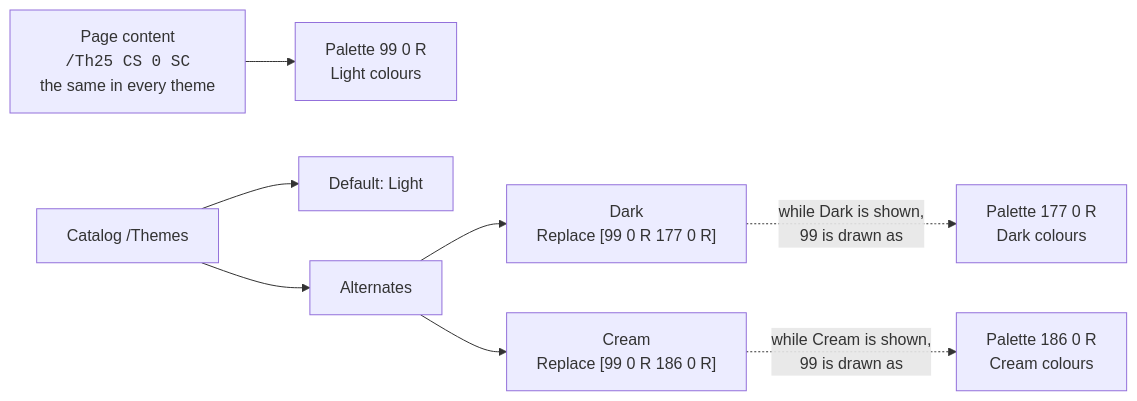
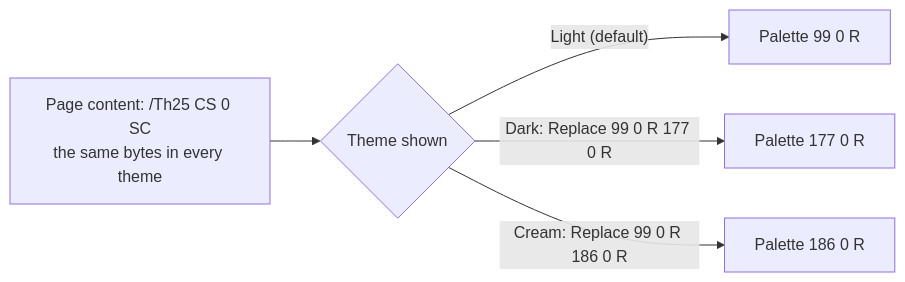
One commit to Thenewmanator15/pdf-themes changed the diagram in SPEC.md. Above: the diagram before and after it, drawn with Mermaid.

Commit message:
Make the spec's diagram fit GitHub's frame

````diff
--- a/SPEC.md
+++ b/SPEC.md
@@ -54,10 +54,7 @@
 ```mermaid
 flowchart LR
-    page["Page content<br/><code>/Th25 CS 0 SC</code><br/>the same in every theme"] --> pal["Palette 99 0 R<br/>Light colours"]
-    cat["Catalog /Themes"] --> def["Default: Light"]
-    cat --> alt["Alternates"]
-    alt --> dark["Dark<br/>Replace [99 0 R 177 0 R]"]
-    alt --> cream["Cream<br/>Replace [99 0 R 186 0 R]"]
-    dark -. "while Dark is shown,<br/>99 is drawn as" .-> p177["Palette 177 0 R<br/>Dark colours"]
-    cream -. "while Cream is shown,<br/>99 is drawn as" .-> p186["Palette 186 0 R<br/>Cream colours"]
+    page["Page content: /Th25 CS 0 SC<br/>the same bytes in every theme"] --> shown{"Theme shown"}
+    shown -->|"Light (default)"| p99["Palette 99 0 R"]
+    shown -->|"Dark: Replace 99 0 R 177 0 R"| p177["Palette 177 0 R"]
+    shown -->|"Cream: Replace 99 0 R 186 0 R"| p186["Palette 186 0 R"]
 ```
````
